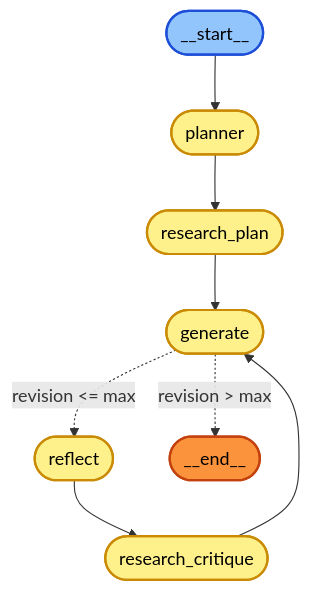
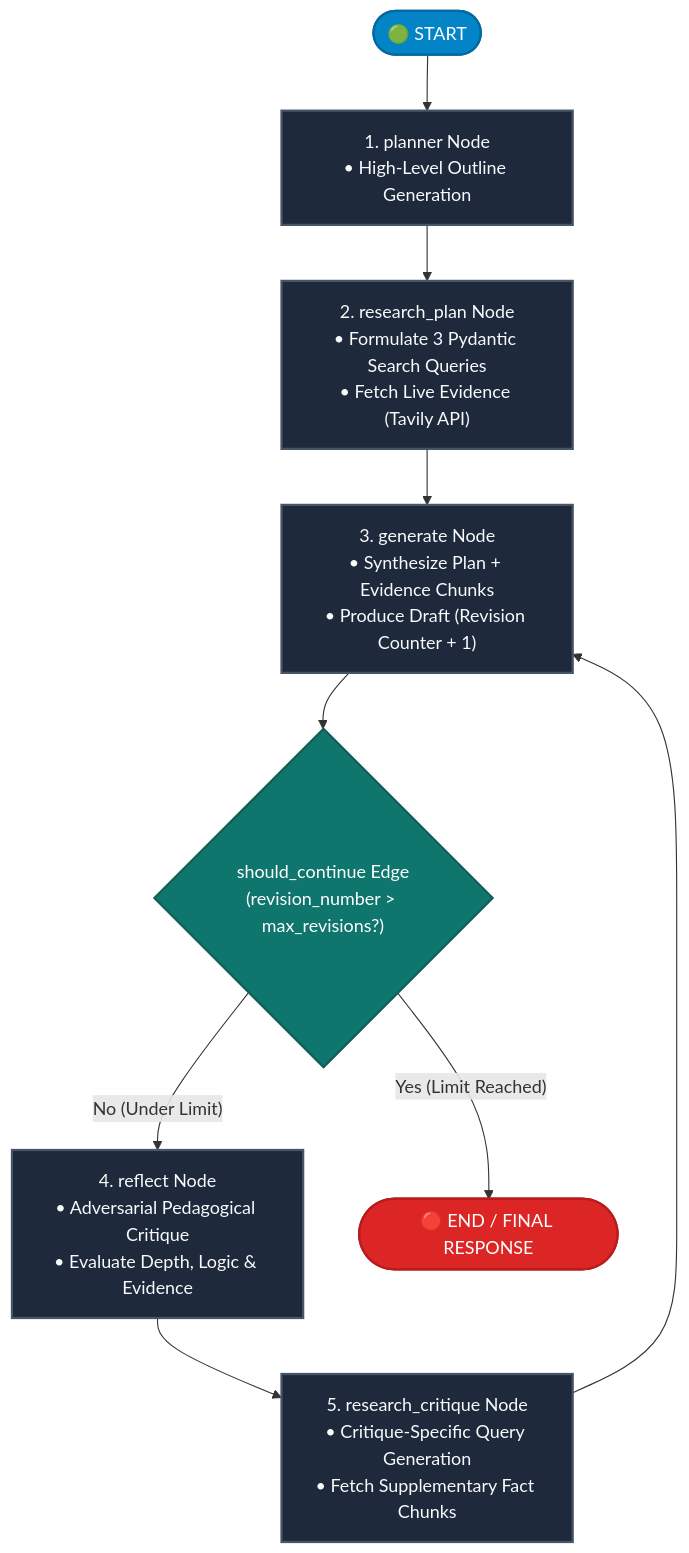
Before and after one commit to Omar-Mahrous-am/Essay_Writer_Agent: the diagram in README.md, drawn with Mermaid. The commit also changed other lines of this file, not shown here.

````diff
--- a/README.md
+++ b/README.md
@@ -13,18 +72,23 @@
 ```mermaid
 flowchart TD
-    START(["__start__"]) --> planner(["planner"])
-    planner --> research_plan(["research_plan"])
-    research_plan --> generate(["generate"])
-    generate -.->|"revision <= max"| reflect(["reflect"])
-    generate -.->|"revision > max"| END(["__end__"])
-    reflect --> research_critique(["research_critique"])
+    START(["🟢 START"]) --> planner["1. planner Node\n• High-Level Outline Generation"]
+    planner --> research_plan["2. research_plan Node\n• Formulate 3 Pydantic Search Queries\n• Fetch Live Evidence (Tavily API)"]
+    research_plan --> generate["3. generate Node\n• Synthesize Plan + Evidence Chunks\n• Produce Draft (Revision Counter + 1)"]
+    
+    generate --> should_continue{"should_continue Edge\n(revision_number > max_revisions?)"}
+    
+    should_continue -- "No (Under Limit)" --> reflect["4. reflect Node\n• Adversarial Pedagogical Critique\n• Evaluate Depth, Logic & Evidence"]
+    reflect --> research_critique["5. research_critique Node\n• Critique-Specific Query Generation\n• Fetch Supplementary Fact Chunks"]
     research_critique --> generate
+    
+    should_continue -- "Yes (Limit Reached)" --> END(["🔴 END / FINAL RESPONSE"])
 
-    style START fill:#93c5fd,stroke:#1d4ed8,stroke-width:2px,color:#000
-    style END fill:#fb923c,stroke:#c2410c,stroke-width:2px,color:#000
-    style planner fill:#fef08a,stroke:#ca8a04,stroke-width:2px,color:#000
-    style research_plan fill:#fef08a,stroke:#ca8a04,stroke-width:2px,color:#000
-    style generate fill:#fef08a,stroke:#ca8a04,stroke-width:2px,color:#000
-    style reflect fill:#fef08a,stroke:#ca8a04,stroke-width:2px,color:#000
-    style research_critique fill:#fef08a,stroke:#ca8a04,stroke-width:2px,color:#000
+    style START fill:#0284c7,stroke:#0369a1,stroke-width:2px,color:#ffffff
+    style END fill:#dc2626,stroke:#b91c1c,stroke-width:2px,color:#ffffff
+    style planner fill:#1e293b,stroke:#475569,stroke-width:2px,color:#f8fafc
+    style research_plan fill:#1e293b,stroke:#475569,stroke-width:2px,color:#f8fafc
+    style generate fill:#1e293b,stroke:#475569,stroke-width:2px,color:#f8fafc
+    style reflect fill:#1e293b,stroke:#475569,stroke-width:2px,color:#f8fafc
+    style research_critique fill:#1e293b,stroke:#475569,stroke-width:2px,color:#f8fafc
+    style should_continue fill:#0f766e,stroke:#115e59,stroke-width:2px,color:#ffffff
 ```
````
